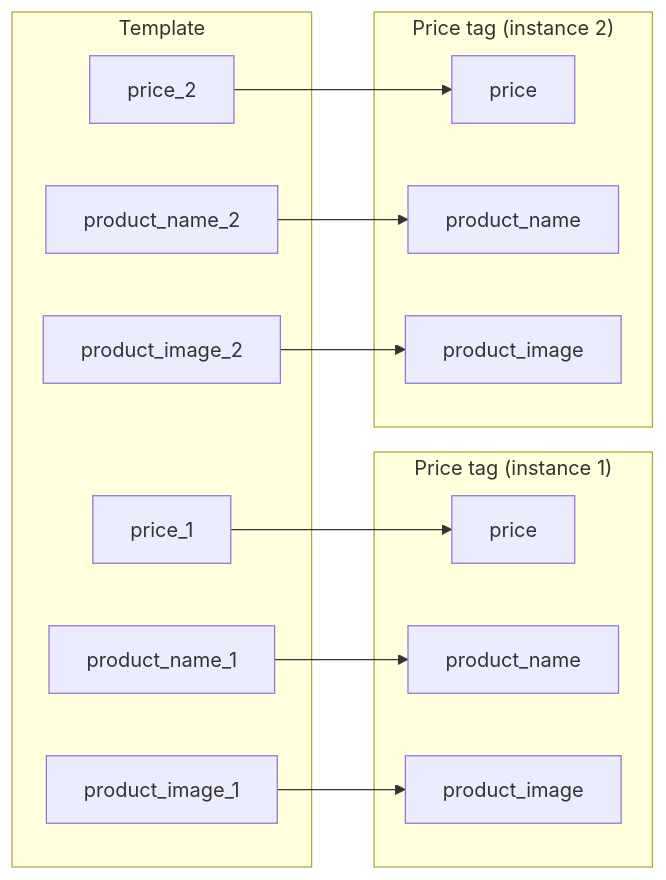
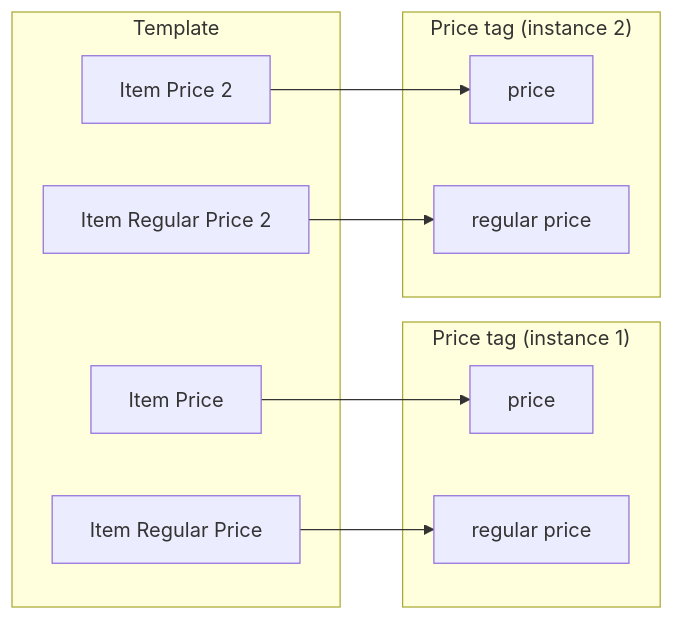
One commit to chili-publish/grafx-documentation changed the second of 4 diagrams in docs/GraFx-Studio/concepts/component-mapping/index.md. Above: the diagram before and after it, drawn with Mermaid. The commit also changed other lines of this file and 38 other files, not shown here.

````diff
--- a/docs/GraFx-Studio/concepts/component-mapping/index.md
+++ b/docs/GraFx-Studio/concepts/component-mapping/index.md
@@ -68,27 +65,21 @@
     ```mermaid
     flowchart LR
         subgraph Template
-            T1["price_1"]
-            T2["product_name_1"]
-            T3["product_image_1"]
-            T4["price_2"]
-            T5["product_name_2"]
-            T6["product_image_2"]
+            T1["Item Price"]
+            T2["Item Regular Price"]
+            T4["Item Price 2"]
+            T5["Item Regular Price 2"]
         end
         subgraph "Price tag (instance 1)"
             C1A["price"]
-            C2A["product_name"]
-            C3A["product_image"]
+            C2A["regular price"]
         end
         subgraph "Price tag (instance 2)"
             C1B["price"]
-            C2B["product_name"]
-            C3B["product_image"]
+            C2B["regular price"]
         end
         T1 --> C1A
         T2 --> C2A
-        T3 --> C3A
         T4 --> C1B
         T5 --> C2B
-        T6 --> C3B
     ```
````
